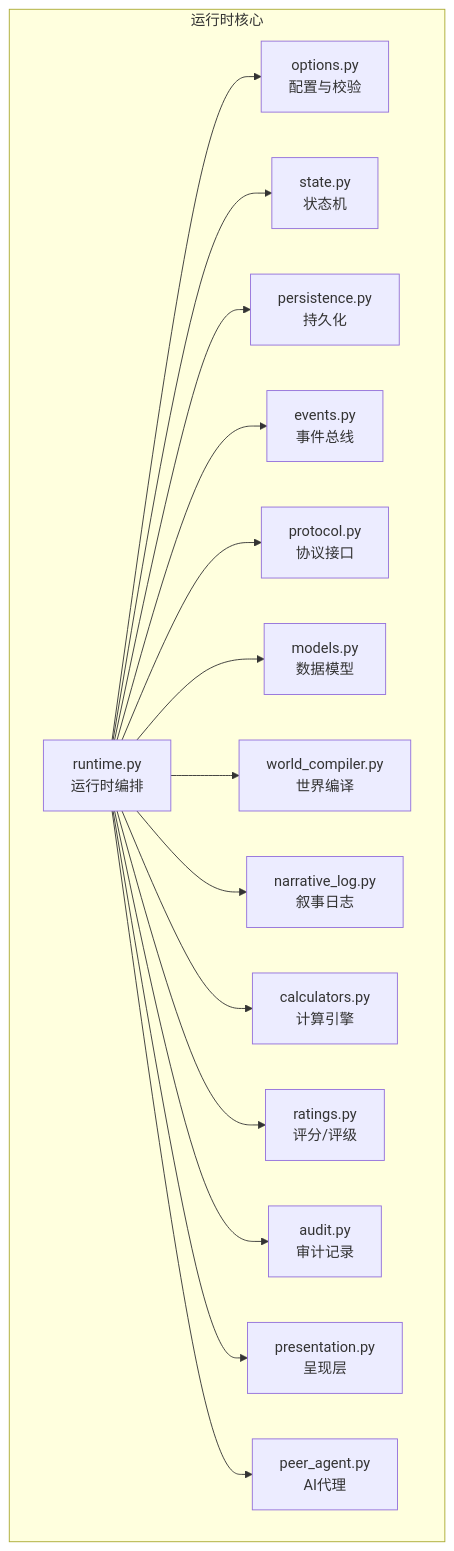
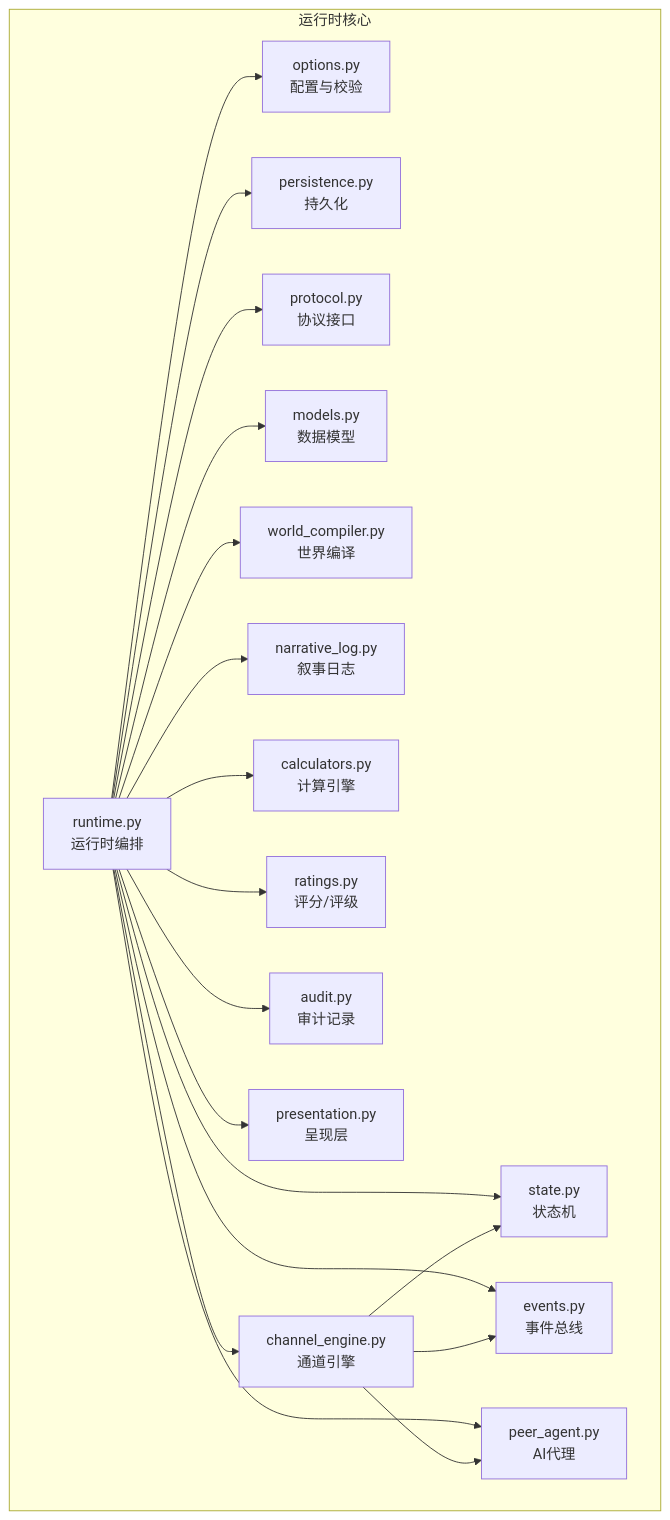
The first of 12 diagrams in .qoder/repowiki/zh/content/运行时系统/运行时核心.md (Ivandanslespace/thegreatnovel), drawn with Mermaid before and after one commit. The commit also changed other lines of this file and 69 other files, not shown here.

````diff
--- a/.qoder/repowiki/zh/content/运行时系统/运行时核心.md
+++ b/.qoder/repowiki/zh/content/运行时系统/运行时核心.md
@@ -56,32 +59,37 @@
 ```mermaid
 graph TB
 subgraph "运行时核心"
 RT["runtime.py<br/>运行时编排"]
 OPT["options.py<br/>配置与校验"]
 ST["state.py<br/>状态机"]
 PERS["persistence.py<br/>持久化"]
 EVT["events.py<br/>事件总线"]
 PROTO["protocol.py<br/>协议接口"]
 MODELS["models.py<br/>数据模型"]
 WC["world_compiler.py<br/>世界编译"]
 NL["narrative_log.py<br/>叙事日志"]
 CALC["calculators.py<br/>计算引擎"]
 RAT["ratings.py<br/>评分/评级"]
 AUD["audit.py<br/>审计记录"]
 PRE["presentation.py<br/>呈现层"]
 PA["peer_agent.py<br/>AI代理"]
+CE["channel_engine.py<br/>通道引擎"]
 end
 RT --> OPT
 RT --> ST
 RT --> PERS
 RT --> EVT
 RT --> PROTO
 RT --> MODELS
 RT --> WC
 RT --> NL
 RT --> CALC
 RT --> RAT
 RT --> AUD
 RT --> PRE
 RT --> PA
+RT --> CE
+CE --> PA
+CE --> EVT
+CE --> ST
 ```
````
